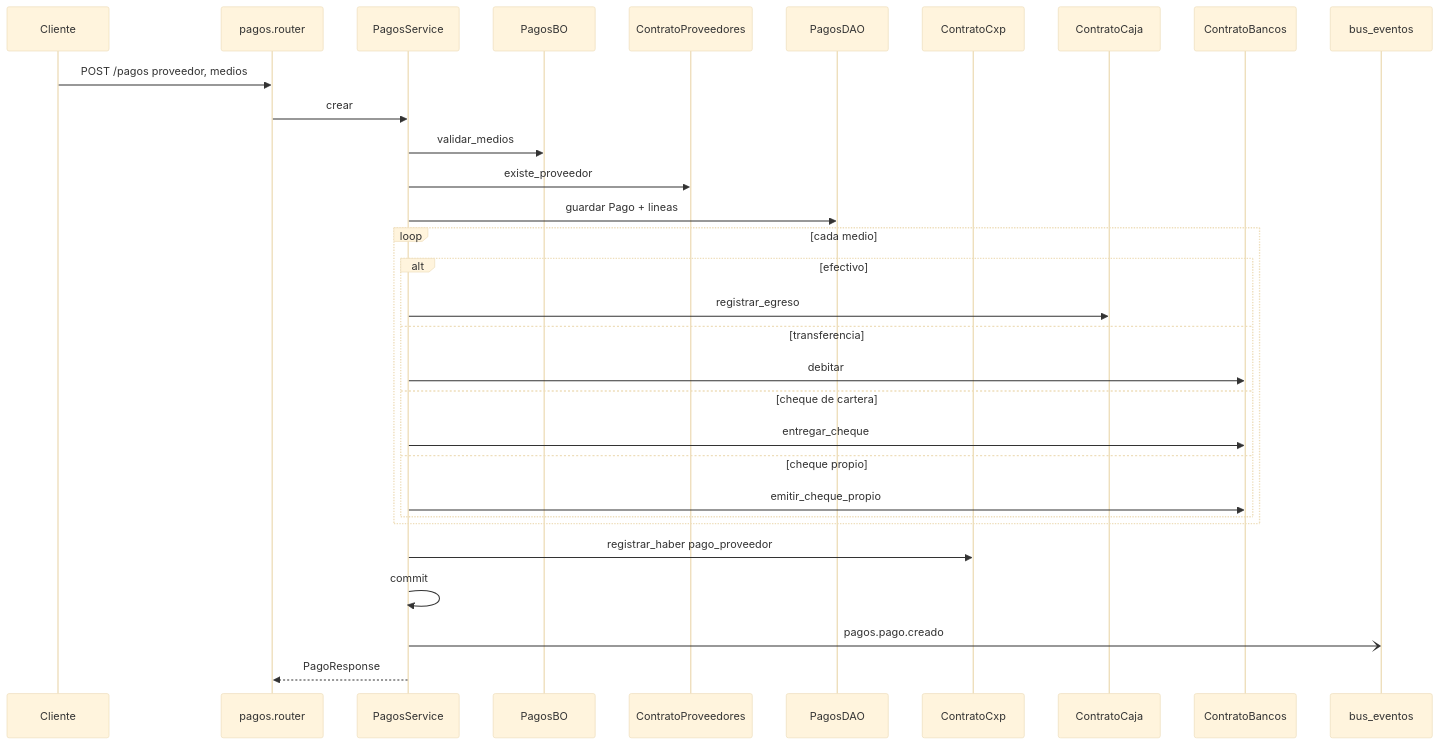
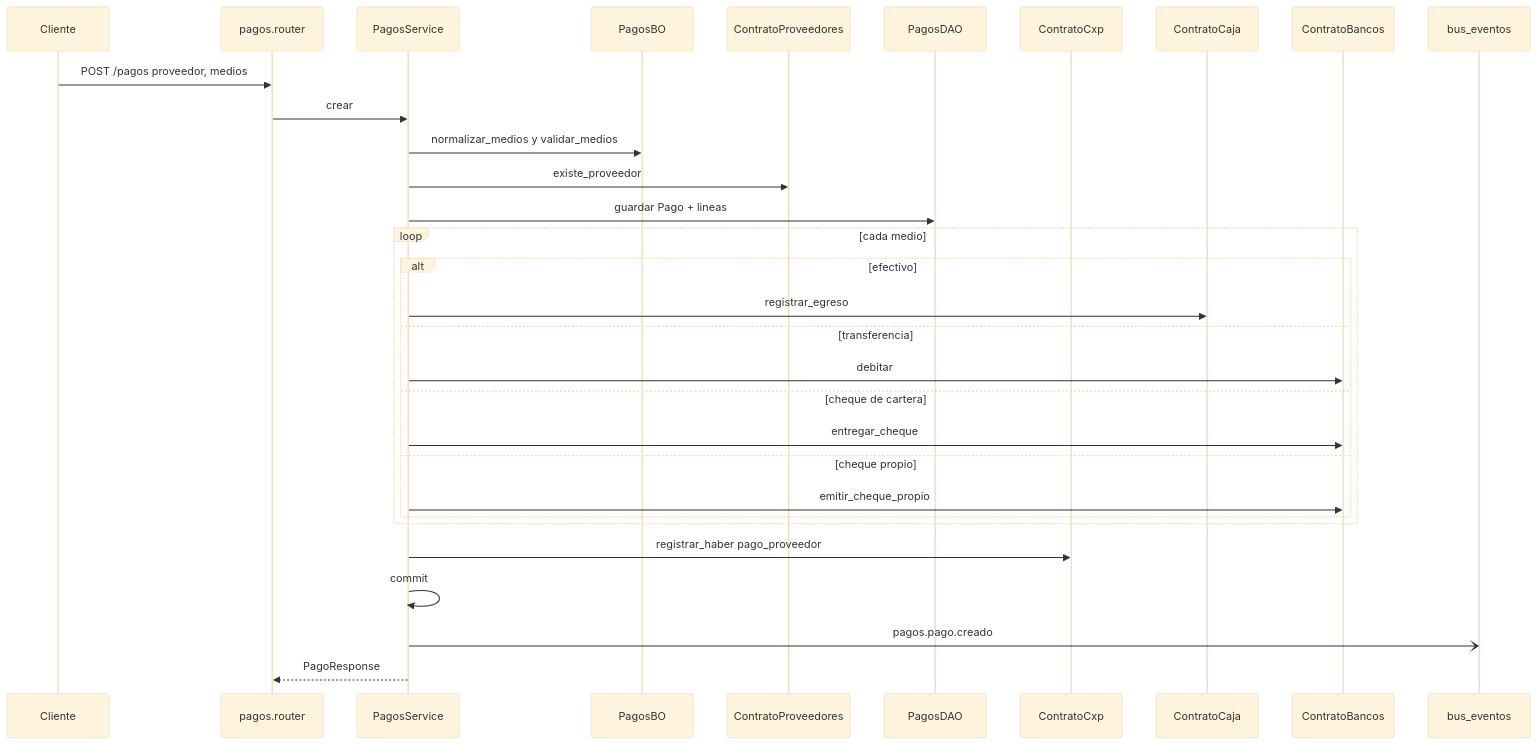
Before and after one commit to estsan3/ventas360-api: the diagram in docs/diagramas/pagos.md, drawn with Mermaid (base theme). The commit also changed other lines of this file and 21 other files, not shown here.

First line of the commit message:
docs: diagramas de secuencia por módulo (sync 2026-09-23)

````diff
--- a/docs/diagramas/pagos.md
+++ b/docs/diagramas/pagos.md
@@ -10,34 +12,34 @@
 ```mermaid
 sequenceDiagram
     participant Cliente
     participant Router as pagos.router
     participant Service as PagosService
     participant BO as PagosBO
     participant Prov as ContratoProveedores
     participant DAO as PagosDAO
     participant Cxp as ContratoCxp
     participant Caja as ContratoCaja
     participant Bancos as ContratoBancos
     participant Bus as bus_eventos
 
     Cliente->>Router: POST /pagos proveedor, medios
     Router->>Service: crear
-    Service->>BO: validar_medios
+    Service->>BO: normalizar_medios y validar_medios
     Service->>Prov: existe_proveedor
     Service->>DAO: guardar Pago + lineas
     loop cada medio
         alt efectivo
             Service->>Caja: registrar_egreso
         else transferencia
             Service->>Bancos: debitar
         else cheque de cartera
             Service->>Bancos: entregar_cheque
         else cheque propio
             Service->>Bancos: emitir_cheque_propio
         end
     end
     Service->>Cxp: registrar_haber pago_proveedor
     Service->>Service: commit
     Service-)Bus: pagos.pago.creado
     Service-->>Router: PagoResponse
 ```
````
